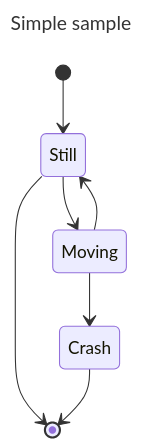
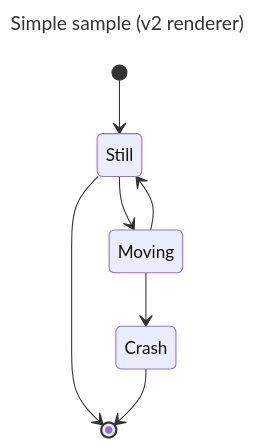
The first of 4 diagrams in docs/_includes/mermaid/stateDiagram.md (camalot/drjekyll-action), drawn with Mermaid before and after one commit. The commit also changed other lines of this file, not shown here.

Commit message:
fix: fix render for statediagram

````diff
--- a/docs/_includes/mermaid/stateDiagram.md
+++ b/docs/_includes/mermaid/stateDiagram.md
@@ -6,13 +6,13 @@
 ```mermaid
 ---
-title: Simple sample
+title: Simple sample (v2 renderer)
 ---
 stateDiagram-v2
     [*] --> Still
     Still --> [*]
 
     Still --> Moving
     Moving --> Still
     Moving --> Crash
     Crash --> [*]
 ```
````
